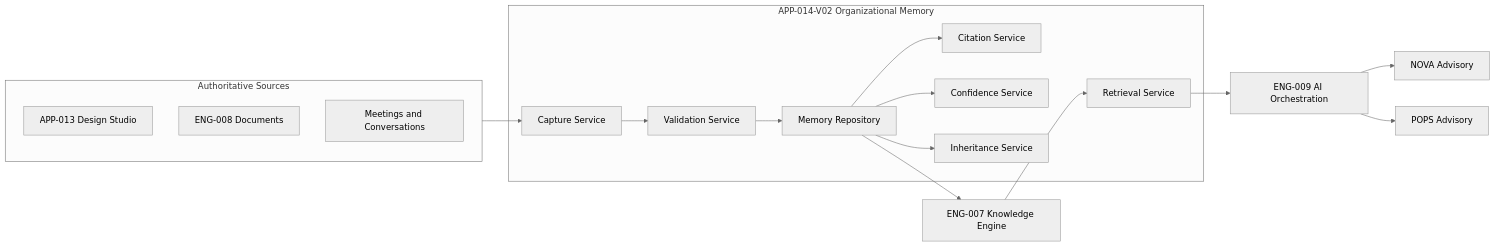
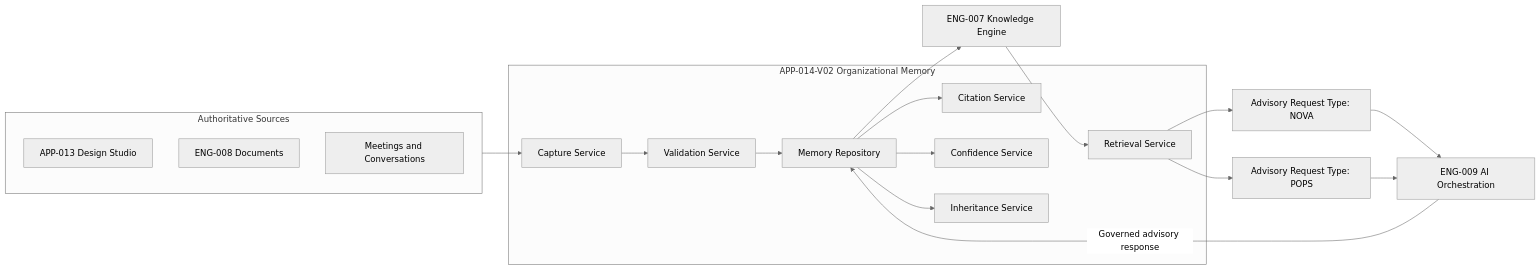
Before and after one commit to MMS-NCLP/mass-hq-nitro-4x: the diagram in docs/applications/MASS-APP-014-creative-intelligence/V02/MASS-APP-014-V02_Architecture.mmd, drawn with Mermaid (neutral theme). The commit also changed 5 other files, not shown here.

```diff
--- a/docs/applications/MASS-APP-014-creative-intelligence/V02/MASS-APP-014-V02_Architecture.mmd
+++ b/docs/applications/MASS-APP-014-creative-intelligence/V02/MASS-APP-014-V02_Architecture.mmd
@@ -1,27 +1,27 @@
 flowchart LR
     subgraph Sources["Authoritative Sources"]
         DS["APP-013 Design Studio"]
         DOC["ENG-008 Documents"]
         CONV["Meetings and Conversations"]
     end
     subgraph V02["APP-014-V02 Organizational Memory"]
         CAP["Capture Service"]
         VAL["Validation Service"]
         MEM["Memory Repository"]
         CIT["Citation Service"]
         CONF["Confidence Service"]
         INH["Inheritance Service"]
         RET["Retrieval Service"]
     end
     K["ENG-007 Knowledge Engine"]
     AI["ENG-009 AI Orchestration"]
-    NOVA["NOVA Advisory"]
-    POPS["POPS Advisory"]
+    NOVA["Advisory Request Type: NOVA"]
+    POPS["Advisory Request Type: POPS"]
     Sources --> CAP --> VAL --> MEM
     MEM --> CIT
     MEM --> CONF
     MEM --> INH
     MEM --> K --> RET
-    RET --> AI
-    AI --> NOVA
-    AI --> POPS
+    RET --> NOVA --> AI
+    RET --> POPS --> AI
+    AI -->|"Governed advisory response"| MEM
```
